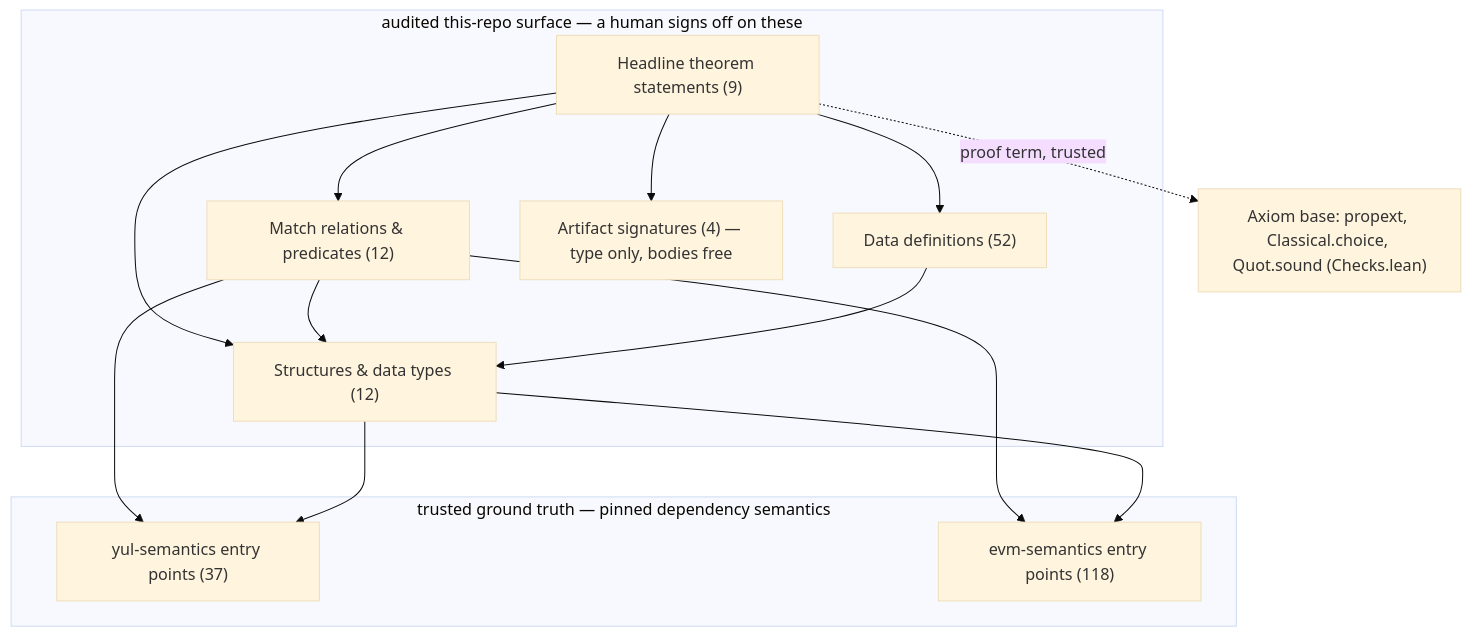
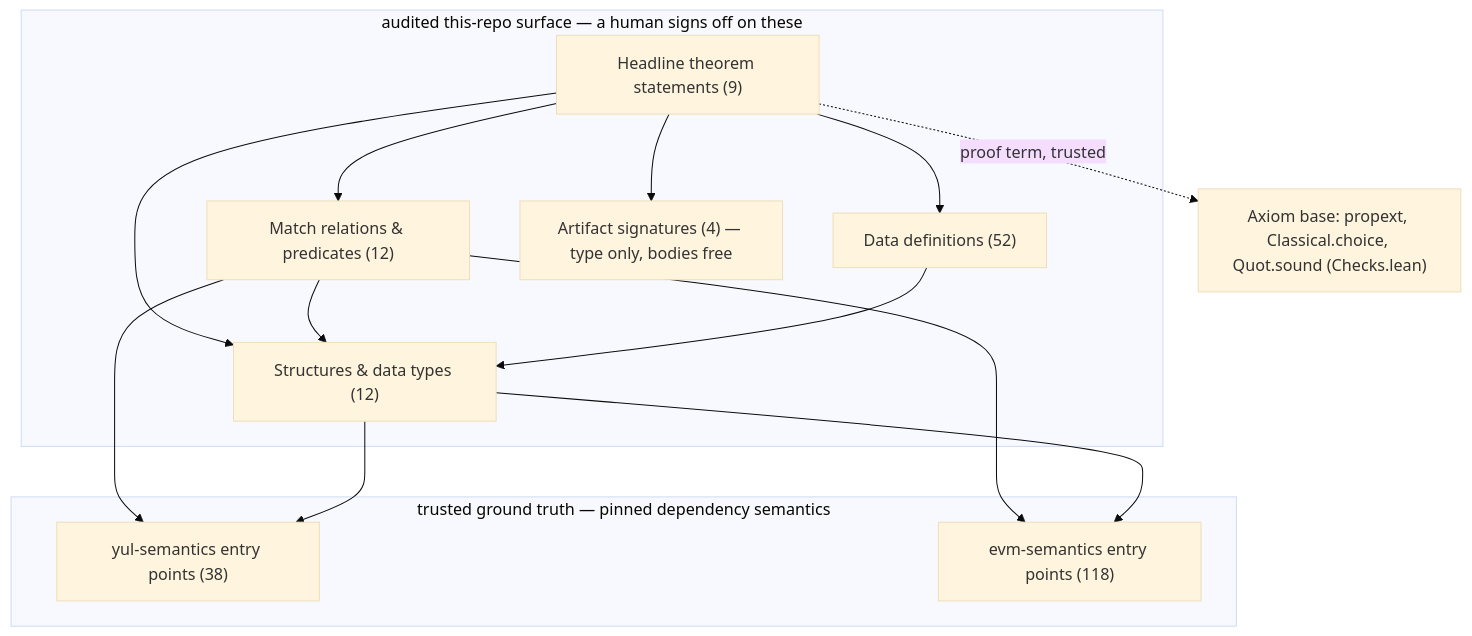
The diagram in SPEC.md (powdr-labs/yul-compiler), drawn with Mermaid (base theme) before and after one commit. The commit also changed other lines of this file and 1 other file, not shown here.

````diff
--- a/SPEC.md
+++ b/SPEC.md
@@ -23,20 +23,20 @@
 ```mermaid
 flowchart TD
   subgraph audited ["audited this-repo surface — a human signs off on these"]
     S["Headline theorem statements (9)"]
     R["Match relations & predicates (12)"]
     T["Structures & data types (12)"]
     D["Data definitions (52)"]
     A["Artifact signatures (4) — type only, bodies free"]
   end
   subgraph external ["trusted ground truth — pinned dependency semantics"]
-    YUL["yul-semantics entry points (37)"]
+    YUL["yul-semantics entry points (38)"]
     EVM["evm-semantics entry points (118)"]
   end
   AX["Axiom base: propext, Classical.choice, Quot.sound (Checks.lean)"]
   S --> R & T & D & A
   R --> T & YUL & EVM
   D --> T
   T --> YUL & EVM
   S -.->|proof term, trusted| AX
 ```
````
